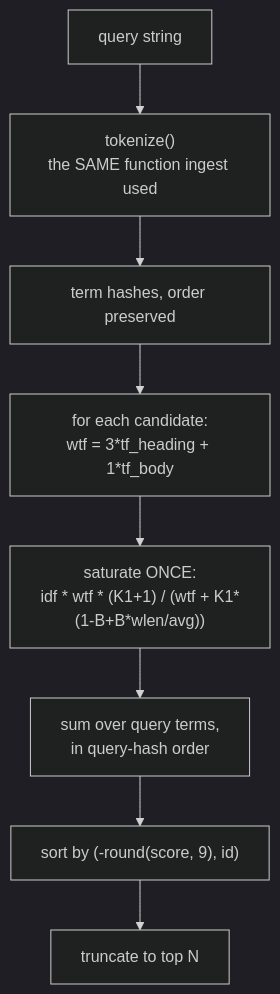
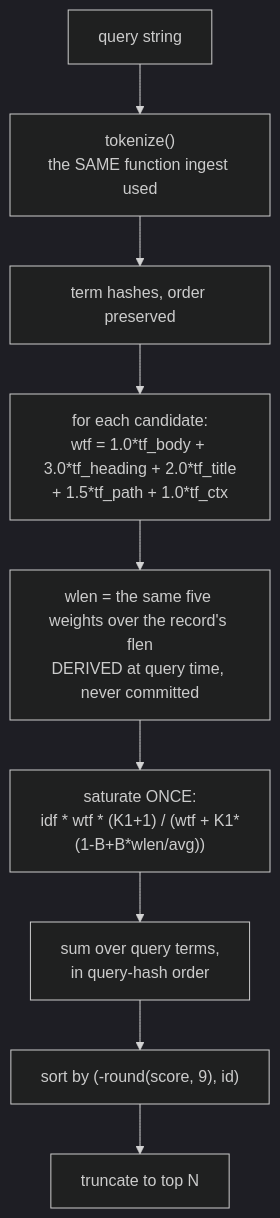
Before and after one commit to arpitarya/fux: the first of 2 diagrams in docs/adr/0012_ranking.md, drawn with Mermaid (dark theme). The commit also changed other lines of this file and 60 other files, not shown here.

````diff
--- a/docs/adr/0012_ranking.md
+++ b/docs/adr/0012_ranking.md
@@ -49,10 +76,11 @@
 ```mermaid
 flowchart TD
     Q["query string"] --> TK["tokenize()<br/>the SAME function ingest used"]
     TK --> H["term hashes, order preserved"]
-    H --> SC["for each candidate:<br/>wtf = 3*tf_heading + 1*tf_body"]
-    SC --> SAT["saturate ONCE:<br/>idf * wtf * (K1+1) / (wtf + K1*(1-B+B*wlen/avg))"]
+    H --> SC["for each candidate:<br/>wtf = 1.0*tf_body + 3.0*tf_heading + 2.0*tf_title<br/>+ 1.5*tf_path + 1.0*tf_ctx"]
+    SC --> WL["wlen = the same five weights over the record's flen<br/>DERIVED at query time, never committed"]
+    WL --> SAT["saturate ONCE:<br/>idf * wtf * (K1+1) / (wtf + K1*(1-B+B*wlen/avg))"]
     SAT --> SUM["sum over query terms,<br/>in query-hash order"]
     SUM --> ORD["sort by (-round(score, 9), id)"]
     ORD --> TOP["truncate to top N"]
 ```
````
